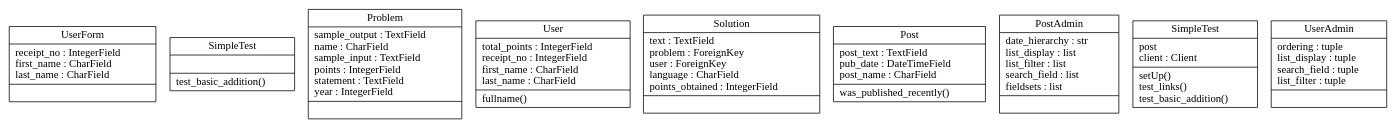
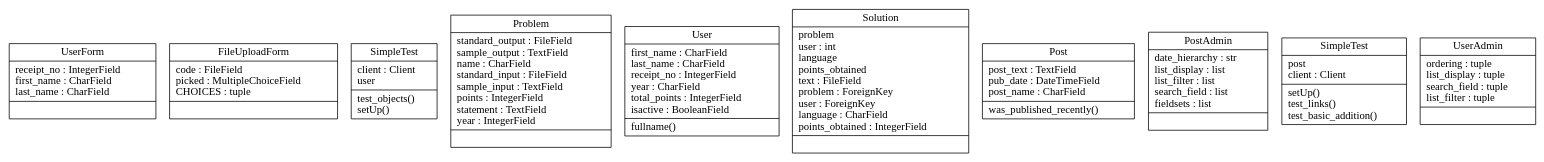
One commit to akashdeshmukh/Codeit changed the diagram in classes_No_Name.dot. Above: the diagram before and after it, drawn with Graphviz. The commit also changed 2 other files, not shown here.

```diff
--- a/classes_No_Name.dot
+++ b/classes_No_Name.dot
@@ -1,13 +1,14 @@
 digraph "classes_No_Name" {
 charset="utf-8"
 rankdir=BT
 "6" [shape="record", label="{UserForm|receipt_no : IntegerField\lfirst_name : CharField\llast_name : CharField\l|}"];
-"8" [shape="record", label="{SimpleTest|\l|test_basic_addition()\l}"];
-"11" [shape="record", label="{Problem|sample_output : TextField\lname : CharField\lsample_input : TextField\lpoints : IntegerField\lstatement : TextField\lyear : IntegerField\l|}"];
-"12" [shape="record", label="{User|total_points : IntegerField\lreceipt_no : IntegerField\lfirst_name : CharField\llast_name : CharField\l|fullname()\l}"];
-"13" [shape="record", label="{Solution|text : TextField\lproblem : ForeignKey\luser : ForeignKey\llanguage : CharField\lpoints_obtained : IntegerField\l|}"];
-"15" [shape="record", label="{Post|post_text : TextField\lpub_date : DateTimeField\lpost_name : CharField\l|was_published_recently()\l}"];
-"18" [shape="record", label="{PostAdmin|date_hierarchy : str\llist_display : list\llist_filter : list\lsearch_field : list\lfieldsets : list\l|}"];
-"22" [shape="record", label="{SimpleTest|post\lclient : Client\l|setUp()\ltest_links()\ltest_basic_addition()\l}"];
-"27" [shape="record", label="{UserAdmin|ordering : tuple\llist_display : tuple\lsearch_field : tuple\llist_filter : tuple\l|}"];
+"7" [shape="record", label="{FileUploadForm|code : FileField\lpicked : MultipleChoiceField\lCHOICES : tuple\l|}"];
+"9" [shape="record", label="{SimpleTest|client : Client\luser\l|test_objects()\lsetUp()\l}"];
+"12" [shape="record", label="{Problem|standard_output : FileField\lsample_output : TextField\lname : CharField\lstandard_input : FileField\lsample_input : TextField\lpoints : IntegerField\lstatement : TextField\lyear : IntegerField\l|}"];
+"13" [shape="record", label="{User|first_name : CharField\llast_name : CharField\lreceipt_no : IntegerField\lyear : CharField\ltotal_points : IntegerField\lisactive : BooleanField\l|fullname()\l}"];
+"14" [shape="record", label="{Solution|problem\luser : int\llanguage\lpoints_obtained\ltext : FileField\lproblem : ForeignKey\luser : ForeignKey\llanguage : CharField\lpoints_obtained : IntegerField\l|}"];
+"16" [shape="record", label="{Post|post_text : TextField\lpub_date : DateTimeField\lpost_name : CharField\l|was_published_recently()\l}"];
+"19" [shape="record", label="{PostAdmin|date_hierarchy : str\llist_display : list\llist_filter : list\lsearch_field : list\lfieldsets : list\l|}"];
+"23" [shape="record", label="{SimpleTest|post\lclient : Client\l|setUp()\ltest_links()\ltest_basic_addition()\l}"];
+"28" [shape="record", label="{UserAdmin|ordering : tuple\llist_display : tuple\lsearch_field : tuple\llist_filter : tuple\l|}"];
 }
```
